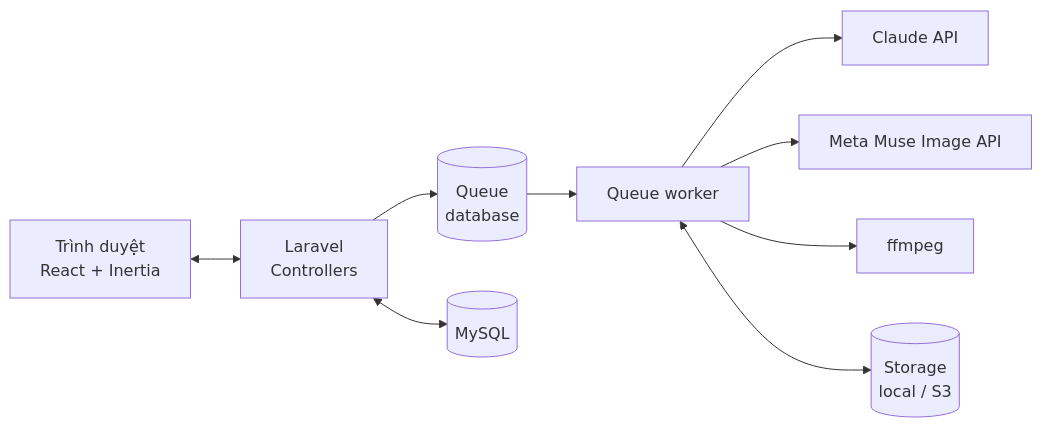
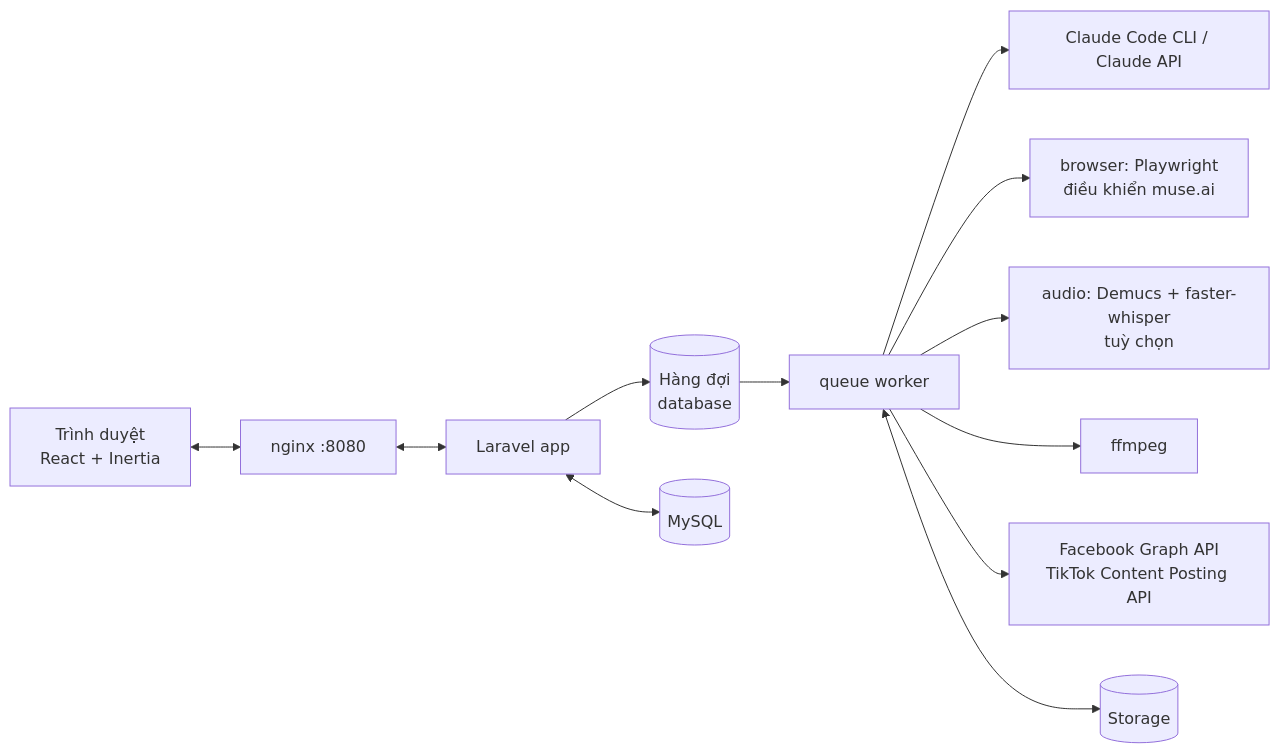
One commit to nguyenthanhthuc2000/video-aff-repo changed the first of 2 diagrams in docs/thiet-ke.md. Above: the diagram before and after it, drawn with Mermaid. The commit also changed other lines of this file and 11 other files, not shown here.

First line of the commit message:
TikTok PKCE, admin self top-up shortcut, Muse title fix and animated series docs

````diff
--- a/docs/thiet-ke.md
+++ b/docs/thiet-ke.md
@@ -27,11 +28,13 @@
 ```mermaid
 flowchart LR
-    U[Trình duyệt<br/>React + Inertia] <--> L[Laravel<br/>Controllers]
-    L --> Q[(Queue<br/>database)]
-    Q --> W[Queue worker]
-    W --> C[Claude API]
-    W --> M[Meta Muse Image API]
+    U[Trình duyệt<br/>React + Inertia] <--> N[nginx :8080] <--> L[Laravel app]
+    L --> Q[(Hàng đợi<br/>database)]
+    Q --> W[queue worker]
+    W --> C[Claude Code CLI / Claude API]
+    W --> B[browser: Playwright<br/>điều khiển muse.ai]
+    W --> A[audio: Demucs + faster-whisper<br/>tuỳ chọn]
     W --> F[ffmpeg]
+    W --> S[Facebook Graph API<br/>TikTok Content Posting API]
     L <--> DB[(MySQL)]
-    W <--> S[(Storage<br/>local / S3)]
+    W <--> ST[(Storage)]
 ```
````
